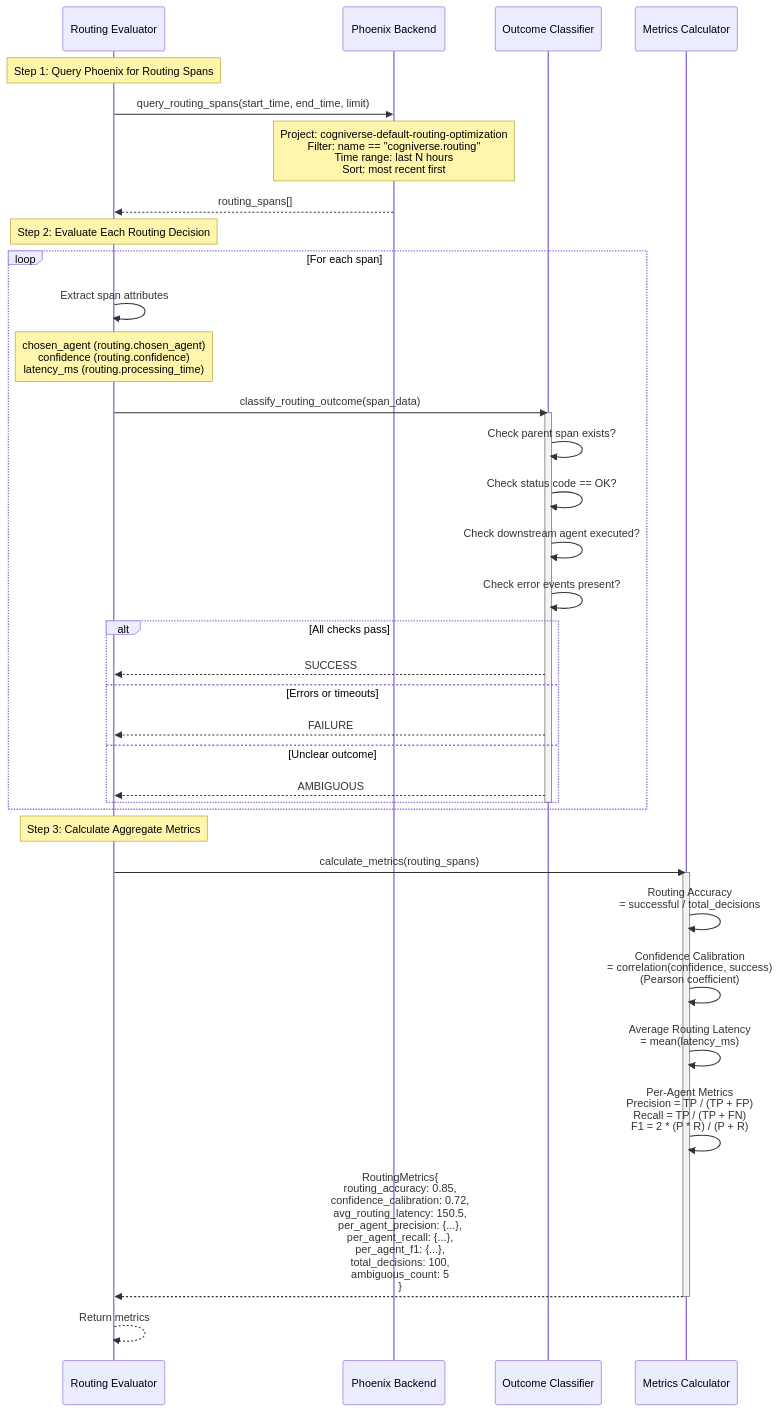
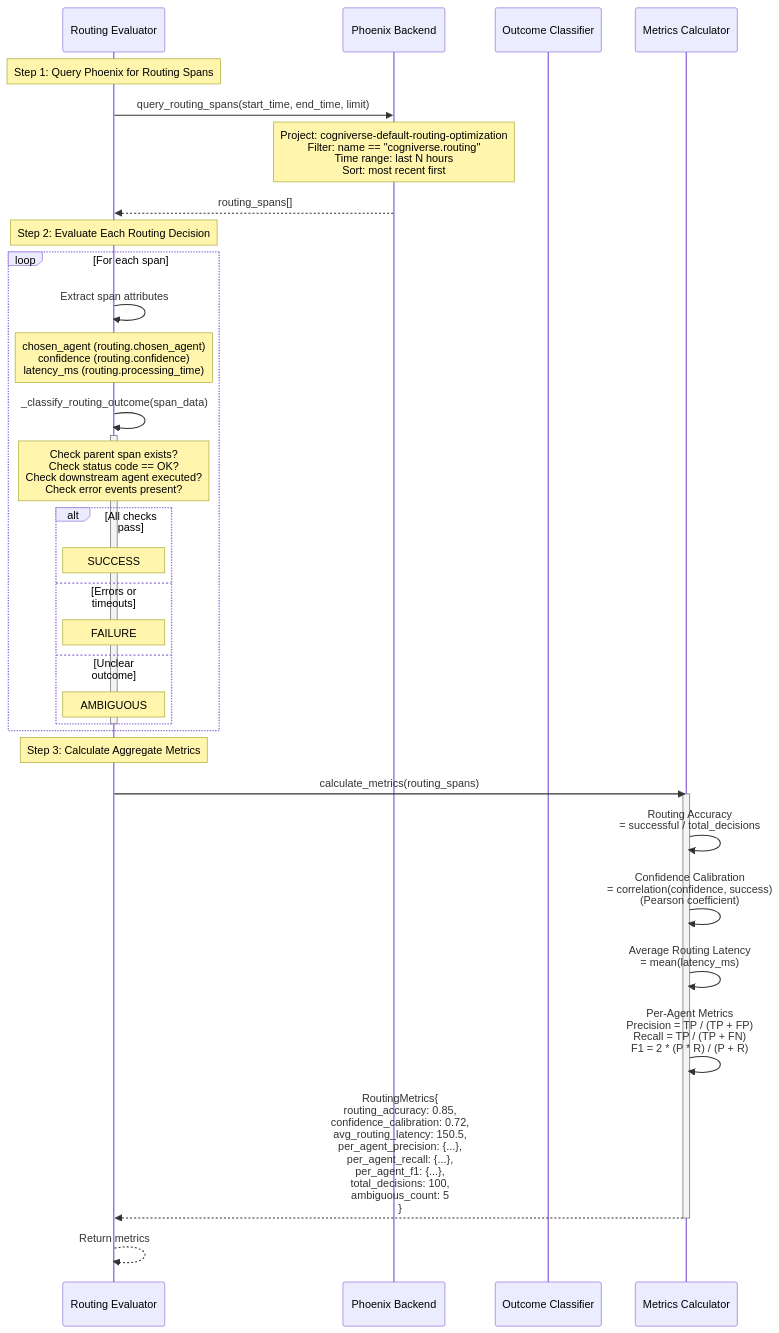
Before and after one commit to amit-jain/cogniverse: the second of 4 diagrams in docs/modules/evaluation.md, drawn with Mermaid. The commit also changed other lines of this file and 83 other files, not shown here.

First line of the commit message:
Fix documentation veracity, formatting, and diagrams across all modules

````diff
--- a/docs/modules/evaluation.md
+++ b/docs/modules/evaluation.md
@@ -204,48 +285,45 @@
 ```mermaid
 sequenceDiagram
     participant Evaluator as Routing Evaluator
     participant Phoenix as Phoenix Backend
     participant Classifier as Outcome Classifier
     participant Calculator as Metrics Calculator
 
     Note over Evaluator: Step 1: Query Phoenix for Routing Spans
     Evaluator->>Phoenix: query_routing_spans(start_time, end_time, limit)
     Note over Phoenix: Project: cogniverse-default-routing-optimization<br/>Filter: name == "cogniverse.routing"<br/>Time range: last N hours<br/>Sort: most recent first
     Phoenix-->>Evaluator: routing_spans[]
 
     Note over Evaluator: Step 2: Evaluate Each Routing Decision
     loop For each span
         Evaluator->>Evaluator: Extract span attributes
         Note over Evaluator: chosen_agent (routing.chosen_agent)<br/>confidence (routing.confidence)<br/>latency_ms (routing.processing_time)
 
-        Evaluator->>Classifier: classify_routing_outcome(span_data)
-        activate Classifier
-        Classifier->>Classifier: Check parent span exists?
-        Classifier->>Classifier: Check status code == OK?
-        Classifier->>Classifier: Check downstream agent executed?
-        Classifier->>Classifier: Check error events present?
+        Evaluator->>Evaluator: _classify_routing_outcome(span_data)
+        activate Evaluator
+        Note over Evaluator: Check parent span exists?<br/>Check status code == OK?<br/>Check downstream agent executed?<br/>Check error events present?
 
         alt All checks pass
-            Classifier-->>Evaluator: SUCCESS
+            Note over Evaluator: SUCCESS
         else Errors or timeouts
-            Classifier-->>Evaluator: FAILURE
+            Note over Evaluator: FAILURE
         else Unclear outcome
-            Classifier-->>Evaluator: AMBIGUOUS
+            Note over Evaluator: AMBIGUOUS
         end
-        deactivate Classifier
+        deactivate Evaluator
     end
 
     Note over Evaluator: Step 3: Calculate Aggregate Metrics
     Evaluator->>Calculator: calculate_metrics(routing_spans)
     activate Calculator
 
     Calculator->>Calculator: Routing Accuracy<br/>= successful / total_decisions
     Calculator->>Calculator: Confidence Calibration<br/>= correlation(confidence, success)<br/>(Pearson coefficient)
     Calculator->>Calculator: Average Routing Latency<br/>= mean(latency_ms)
     Calculator->>Calculator: Per-Agent Metrics<br/>Precision = TP / (TP + FP)<br/>Recall = TP / (TP + FN)<br/>F1 = 2 * (P * R) / (P + R)
 
     Calculator-->>Evaluator: RoutingMetrics{<br/>routing_accuracy: 0.85,<br/>confidence_calibration: 0.72,<br/>avg_routing_latency: 150.5,<br/>per_agent_precision: {...},<br/>per_agent_recall: {...},<br/>per_agent_f1: {...},<br/>total_decisions: 100,<br/>ambiguous_count: 5<br/>}
     deactivate Calculator
 
     Evaluator-->>Evaluator: Return metrics
 ```
````
